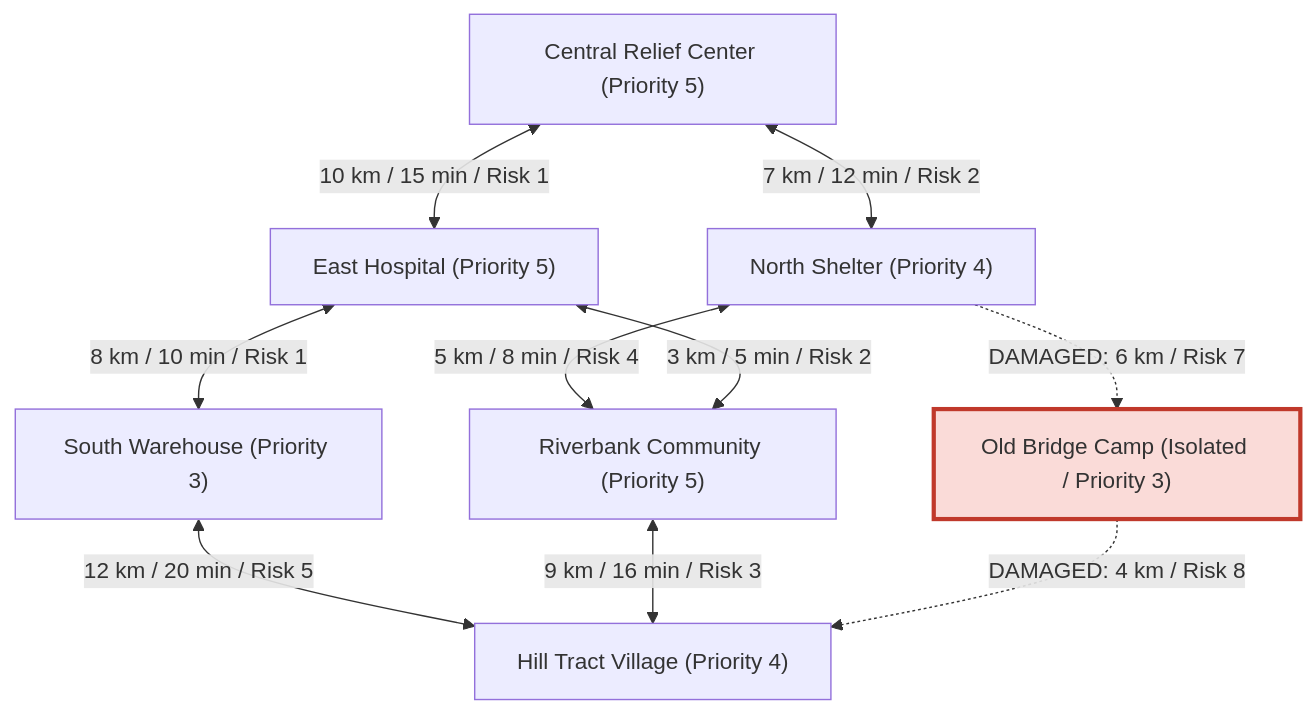
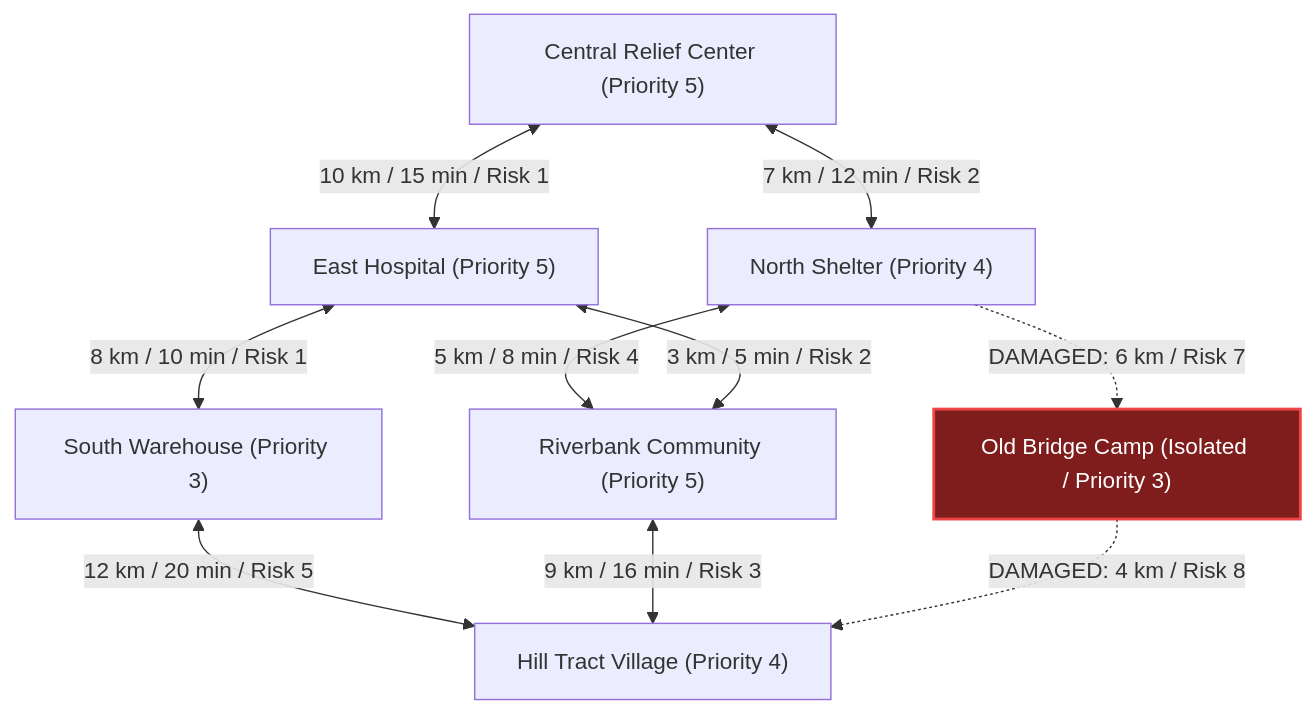
Before and after one commit to mdfuadanan/Disaster-Relief-Route-and-Supply-Planning-System: the diagram in README.md, drawn with Mermaid.

Commit message:
Update styling for damaged and isolated classes in README

````diff
--- a/README.md
+++ b/README.md
@@ -66,26 +66,26 @@
 ```mermaid
 graph TD
     CRC["Central Relief Center (Priority 5)"]
     NS["North Shelter (Priority 4)"]
     EH["East Hospital (Priority 5)"]
     SW["South Warehouse (Priority 3)"]
     RC["Riverbank Community (Priority 5)"]
     HTV["Hill Tract Village (Priority 4)"]
     OBC["Old Bridge Camp (Isolated / Priority 3)"]
 
     CRC <-->|7 km / 12 min / Risk 2| NS
     CRC <-->|10 km / 15 min / Risk 1| EH
     NS <-->|5 km / 8 min / Risk 4| RC
     EH <-->|3 km / 5 min / Risk 2| RC
     EH <-->|8 km / 10 min / Risk 1| SW
     SW <-->|12 km / 20 min / Risk 5| HTV
     RC <-->|9 km / 16 min / Risk 3| HTV
 
     %% Damaged edges
     NS -.->|DAMAGED: 6 km / Risk 7| OBC
     OBC -.->|DAMAGED: 4 km / Risk 8| HTV
-
+    
     classDef damaged fill:#f9d5d5,stroke:#e74c3c,stroke-width:2px,stroke-dasharray: 5 5;
-    classDef isolated fill:#fadbd8,stroke:#c0392b,stroke-width:3px;
+    classDef isolated fill:#7f1d1d,stroke:#ef4444,stroke-width:2px,color:#ffffff;
     class OBC isolated;
 ```
````
